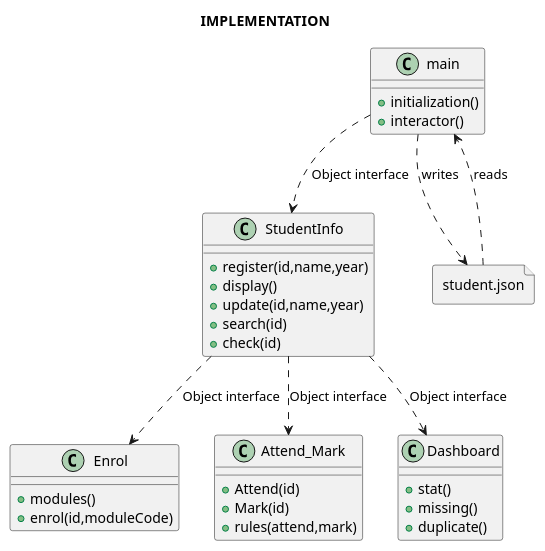
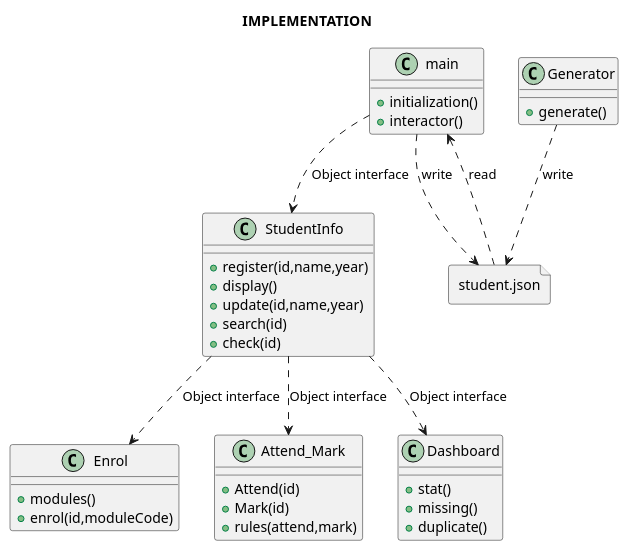
One commit to WeiZheng-G/UniversityManagementSystem changed the diagram in doc/structure.puml. Above: the diagram before and after it, drawn with PlantUML. The commit also changed 6 other files, not shown here.

```diff
--- a/doc/structure.puml
+++ b/doc/structure.puml
@@ -1,39 +1,43 @@
 @startuml structure
 allowmixing
 title IMPLEMENTATION
 class main {
     +initialization()
     +interactor()
 }
 class StudentInfo {
     +register(id,name,year)
     +display()
     +update(id,name,year)
     +search(id)
     +check(id)
 }
 class Enrol {
     +modules()
     +enrol(id,moduleCode)
 }
 class Attend_Mark{
     +Attend(id)
     +Mark(id)
     +rules(attend,mark)
 }
 class Dashboard{
     +stat()
     +missing()
     +duplicate()
 }
+class Generator{
+    +generate()
+}
 
 ' Interface
 main ..> StudentInfo : Object interface
 StudentInfo ..> Enrol: Object interface
 StudentInfo ..> Attend_Mark: Object interface
 StudentInfo ..> Dashboard: Object interface
 ' json
 file "student.json" as JSON
-JSON ..> main : reads
-main ..> JSON : writes
+JSON ..> main : read
+main ..> JSON : write
+Generator ..> JSON : write
 @enduml
```
